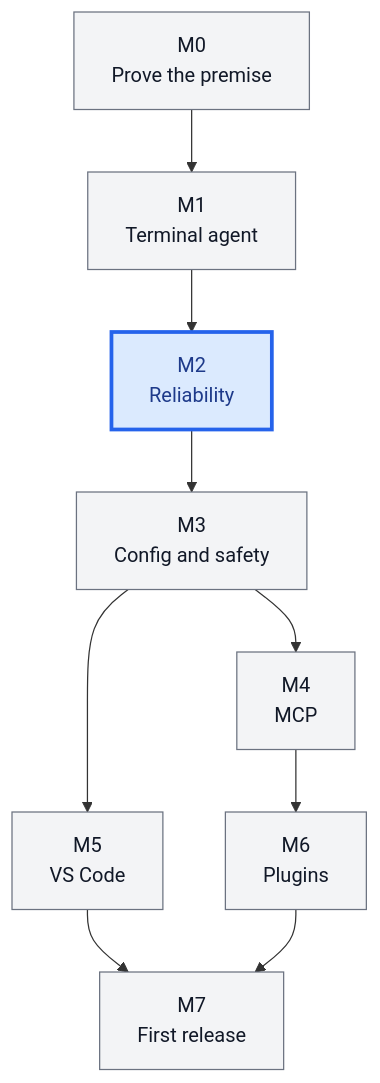
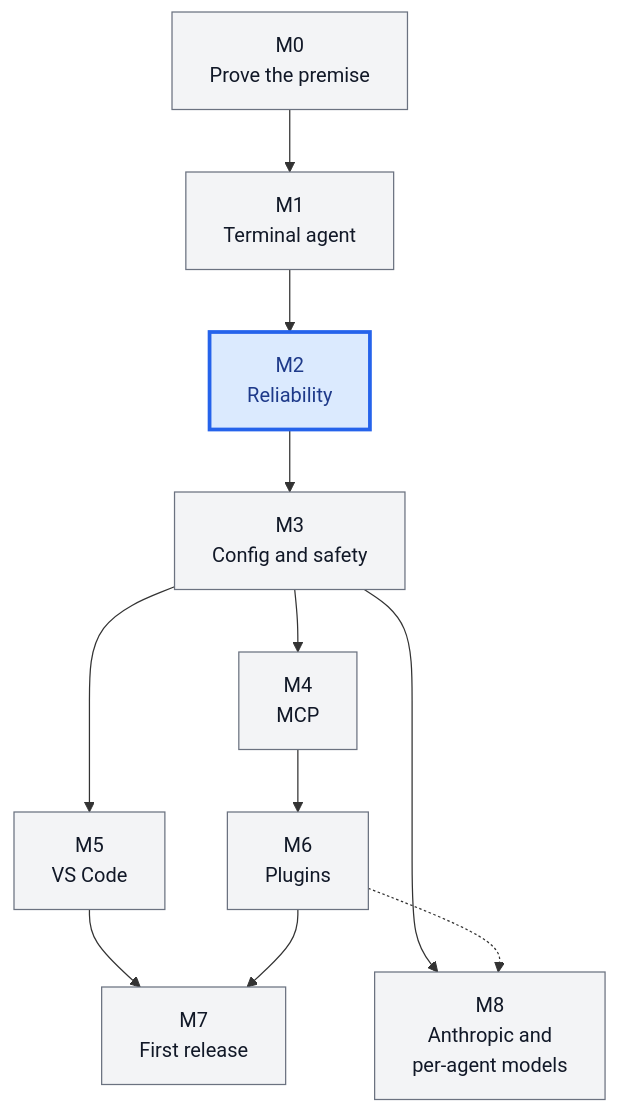
One commit to fzzinchemical/Praxis changed the third of 3 diagrams in ROADMAP.md. Above: the diagram before and after it, drawn with Mermaid. The commit also changed other lines of this file and 5 other files, not shown here.

First line of the commit message:
docs: plan an Anthropic backend and per-agent models

````diff
--- a/ROADMAP.md
+++ b/ROADMAP.md
@@ -114,16 +117,18 @@
 ```mermaid
 flowchart TB
     m0["M0<br/>Prove the premise"] --> m1["M1<br/>Terminal agent"]
     m1 --> m2["M2<br/>Reliability"]
     m2 --> m3["M3<br/>Config and safety"]
     m3 --> m4["M4<br/>MCP"]
     m3 --> m5["M5<br/>VS Code"]
     m4 --> m6["M6<br/>Plugins"]
     m5 --> m7["M7<br/>First release"]
     m6 --> m7
+    m3 --> m8["M8<br/>Anthropic and<br/>per-agent models"]
+    m6 -.-> m8
 
     classDef core fill:#dbeafe,stroke:#2563eb,color:#1e3a8a,stroke-width:3px
     classDef step fill:#f3f4f6,stroke:#6b7280,color:#111827
     class m2 core
-    class m0,m1,m3,m4,m5,m6,m7 step
+    class m0,m1,m3,m4,m5,m6,m7,m8 step
 ```
````
